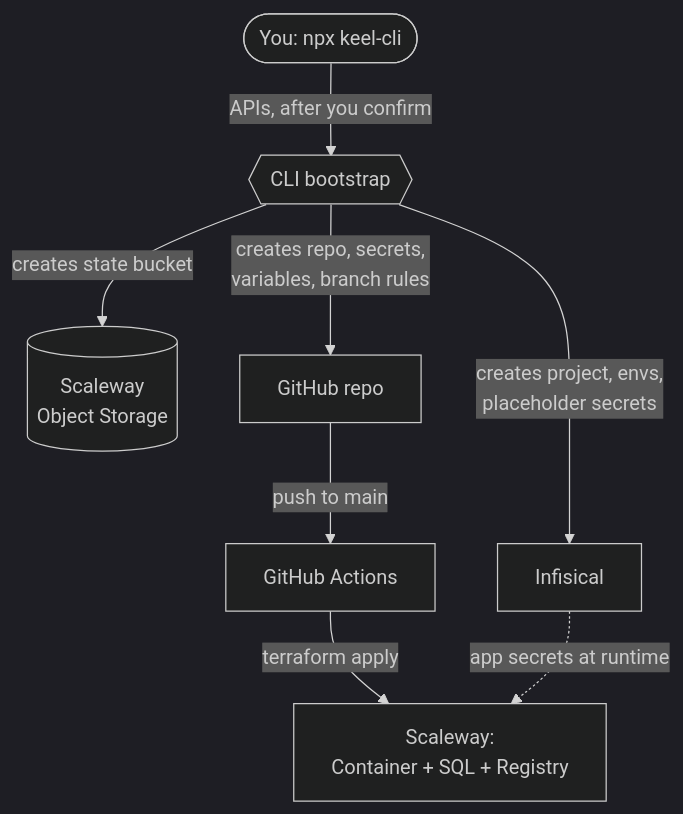
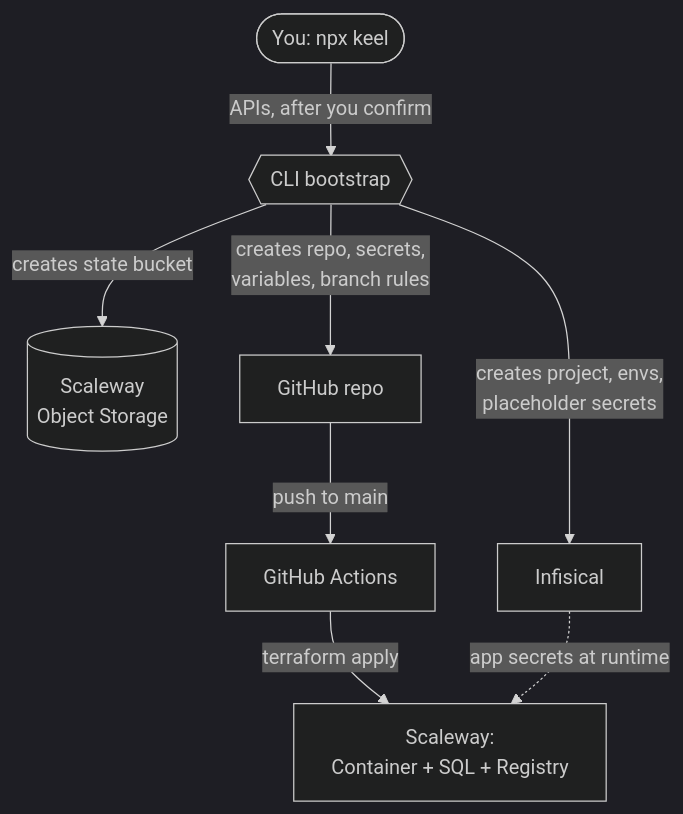
One commit to Gambi97/keel changed the diagram in README.md. Above: the diagram before and after it, drawn with Mermaid (dark theme). The commit also changed other lines of this file and 1 other file, not shown here.

````diff
--- a/README.md
+++ b/README.md
@@ -135,10 +138,10 @@
 ```mermaid
 flowchart TD
-    You([You: npx keel-cli]) -->|APIs, after you confirm| CLI{{CLI bootstrap}}
+    You([You: npx keel]) -->|APIs, after you confirm| CLI{{CLI bootstrap}}
     CLI -->|creates state bucket| SCW[(Scaleway<br/>Object Storage)]
     CLI -->|creates repo, secrets,<br/>variables, branch rules| GH[GitHub repo]
     CLI -->|creates project, envs,<br/>placeholder secrets| INF[Infisical]
     GH -->|push to main| ACT[GitHub Actions]
     ACT -->|terraform apply| PROD[Scaleway:<br/>Container + SQL + Registry]
     INF -.->|app secrets at runtime| PROD
 ```
````
